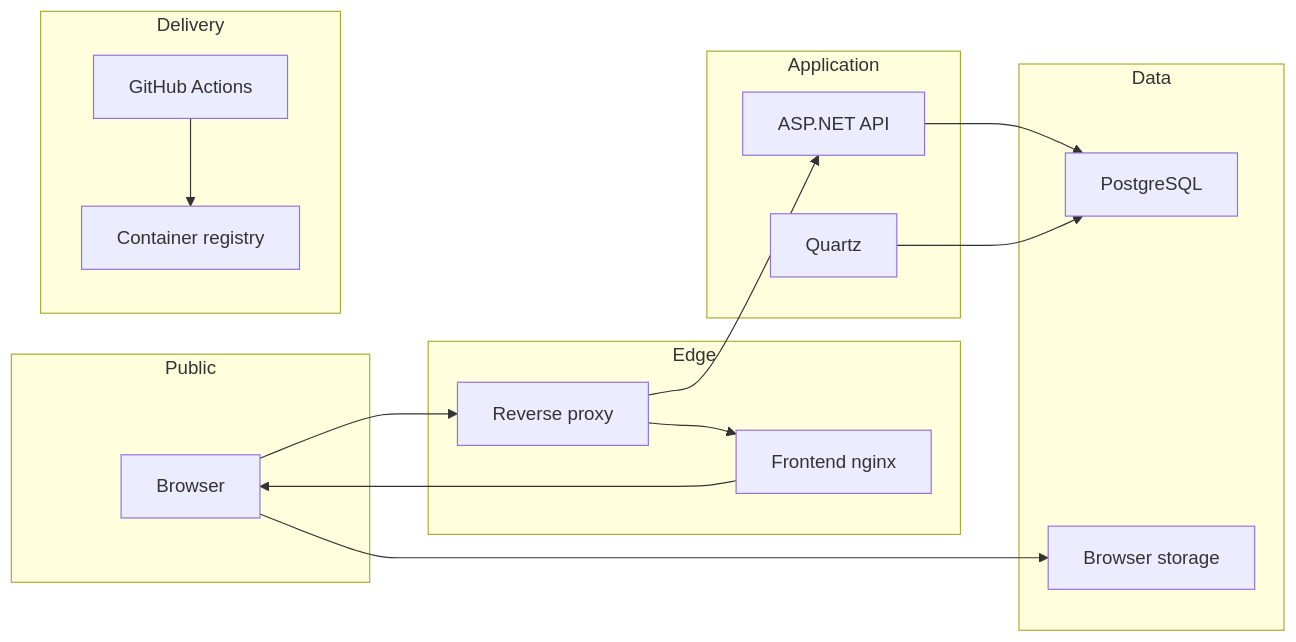
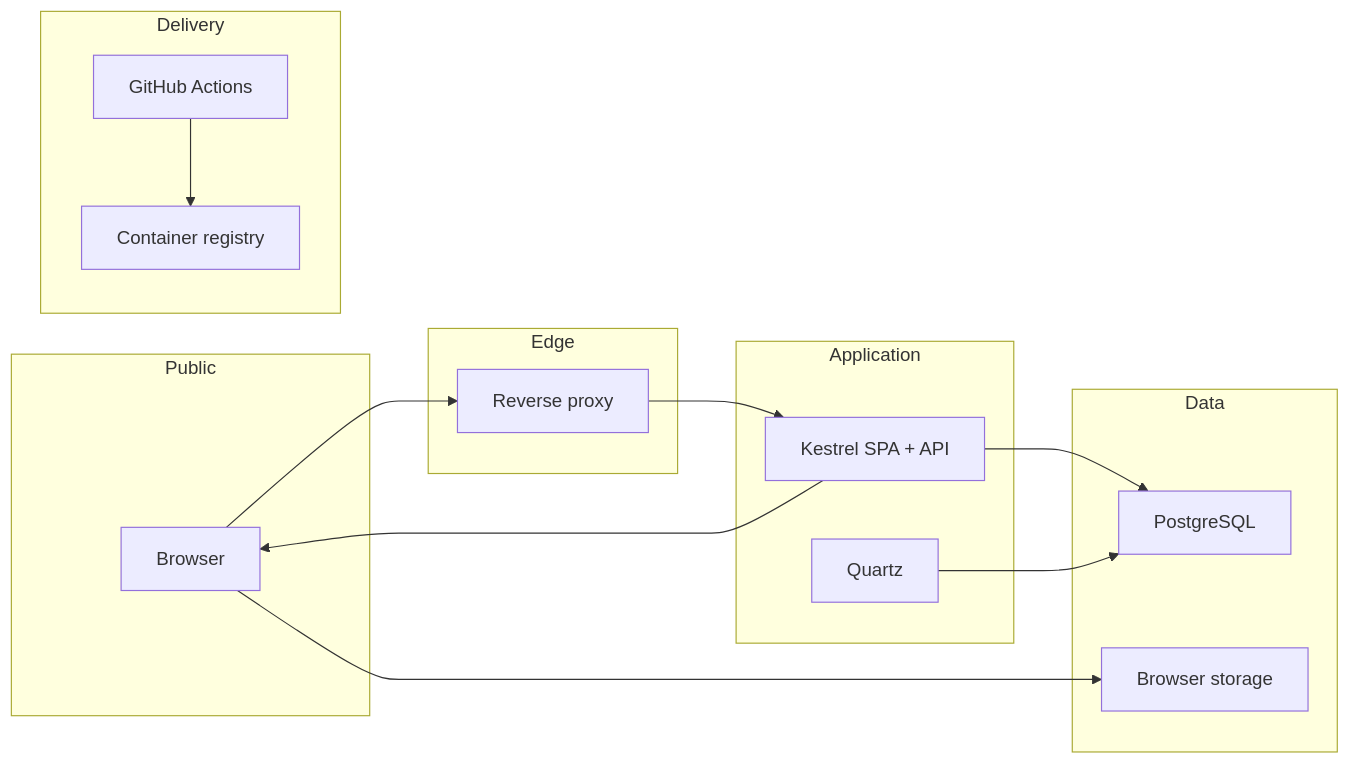
Before and after one commit to dadyarri/MelodyTrack: the diagram in docs/MelodyTrack-threat-model.md, drawn with Mermaid. The commit also changed other lines of this file and 5 other files, not shown here.

````diff
--- a/docs/MelodyTrack-threat-model.md
+++ b/docs/MelodyTrack-threat-model.md
@@ -41,30 +41,28 @@
 ```mermaid
 flowchart LR
     subgraph Public
         U[Browser]
     end
     subgraph Edge
         P[Reverse proxy]
-        W[Frontend nginx]
     end
     subgraph Application
-        A[ASP.NET API]
+        A[Kestrel SPA + API]
         Q[Quartz]
     end
     subgraph Data
         D[PostgreSQL]
         L[Browser storage]
     end
     subgraph Delivery
         C[GitHub Actions]
         R[Container registry]
     end
     U --> P
-    P --> W
     P --> A
-    W --> U
+    A --> U
     U --> L
     A --> D
     Q --> D
     C --> R
 ```
````
